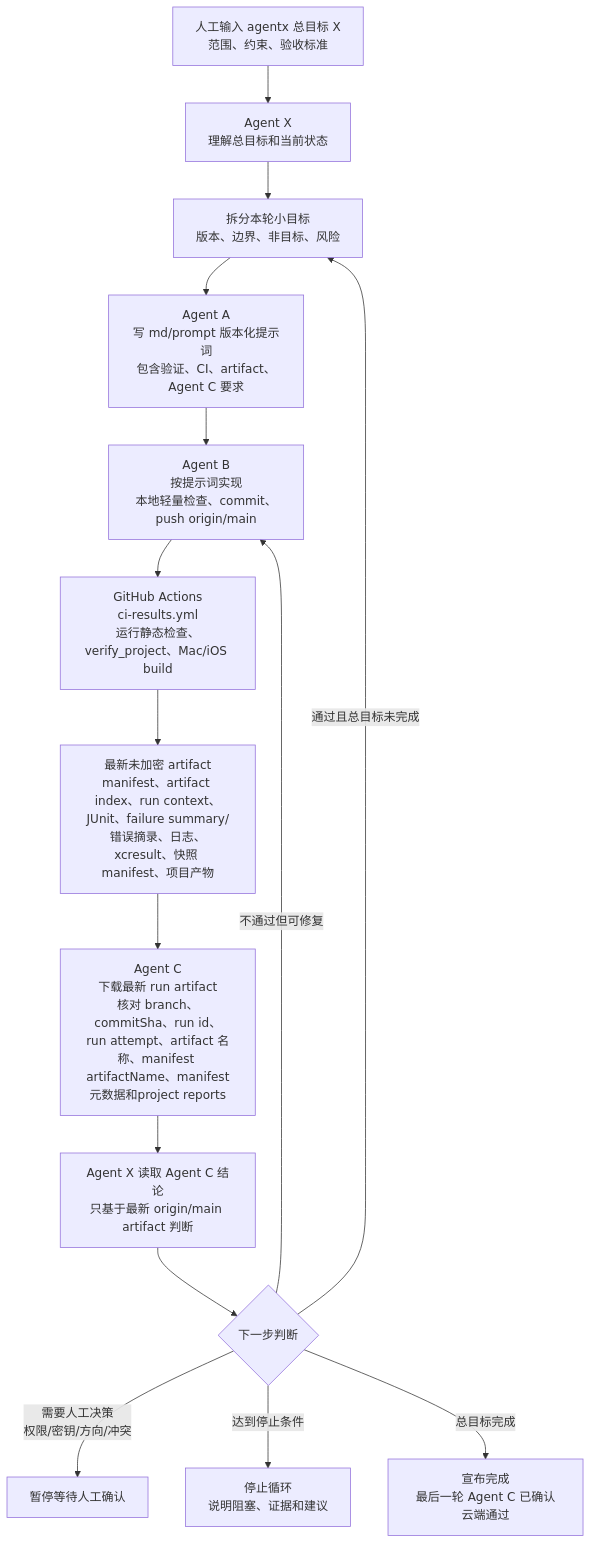
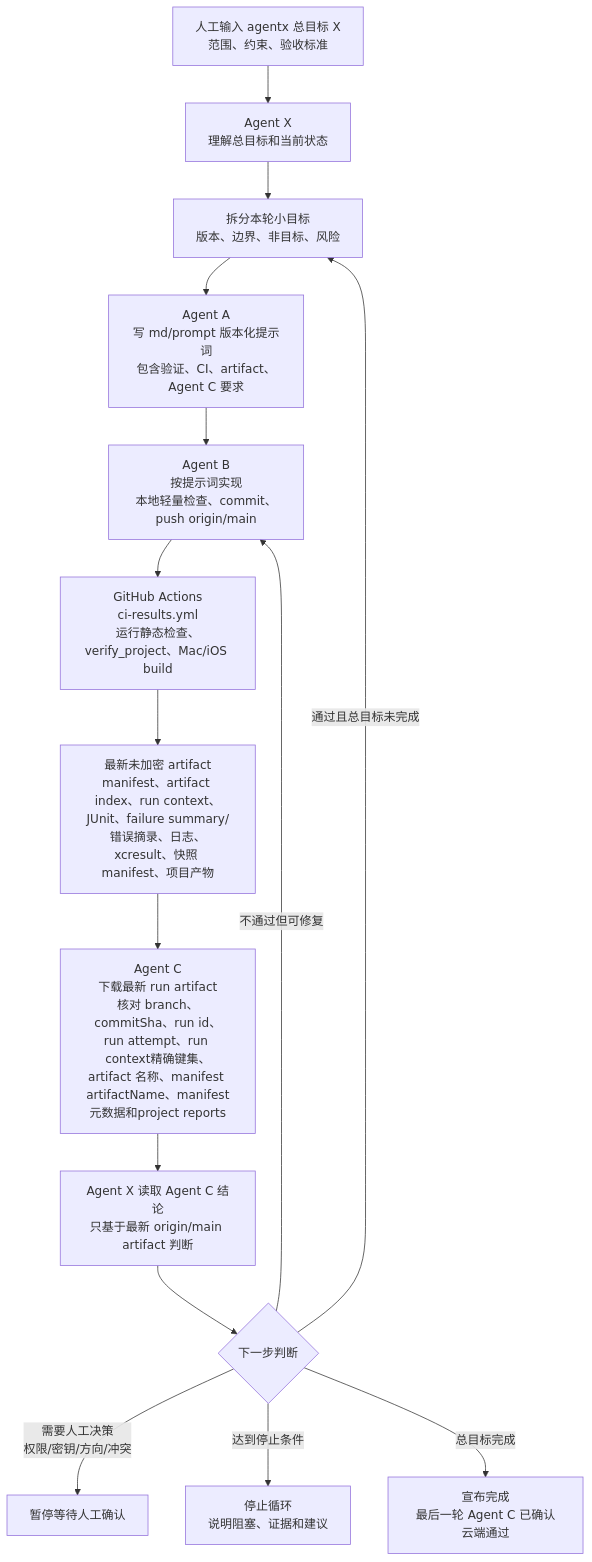
The sixth of 6 diagrams in md/flow/flowchart.md (Altman-sam114/114), drawn with Mermaid before and after one commit. The commit also changed other lines of this file and 7 other files, not shown here.

````diff
--- a/md/flow/flowchart.md
+++ b/md/flow/flowchart.md
@@ -131,17 +131,17 @@
 ```mermaid
 flowchart TD
   H["人工输入 agentx 总目标 X<br/>范围、约束、验收标准"] --> X0["Agent X<br/>理解总目标和当前状态"]
   X0 --> X1["拆分本轮小目标<br/>版本、边界、非目标、风险"]
   X1 --> A["Agent A<br/>写 md/prompt 版本化提示词<br/>包含验证、CI、artifact、Agent C 要求"]
   A --> B["Agent B<br/>按提示词实现<br/>本地轻量检查、commit、push origin/main"]
   B --> CI["GitHub Actions<br/>ci-results.yml<br/>运行静态检查、verify_project、Mac/iOS build"]
   CI --> ART["最新未加密 artifact<br/>manifest、artifact index、run context、JUnit、failure summary/错误摘录、日志、xcresult、快照 manifest、项目产物"]
-  ART --> C["Agent C<br/>下载最新 run artifact<br/>核对 branch、commitSha、run id、run attempt、artifact 名称、manifest artifactName、manifest元数据和project reports"]
+  ART --> C["Agent C<br/>下载最新 run artifact<br/>核对 branch、commitSha、run id、run attempt、run context精确键集、artifact 名称、manifest artifactName、manifest元数据和project reports"]
   C --> X2["Agent X 读取 Agent C 结论<br/>只基于最新 origin/main artifact 判断"]
   X2 --> D{"下一步判断"}
   D -->|通过且总目标未完成| X1
   D -->|不通过但可修复| B
   D -->|需要人工决策<br/>权限/密钥/方向/冲突| P["暂停等待人工确认"]
   D -->|达到停止条件| S["停止循环<br/>说明阻塞、证据和建议"]
   D -->|总目标完成| DONE["宣布完成<br/>最后一轮 Agent C 已确认云端通过"]
 ```
````
